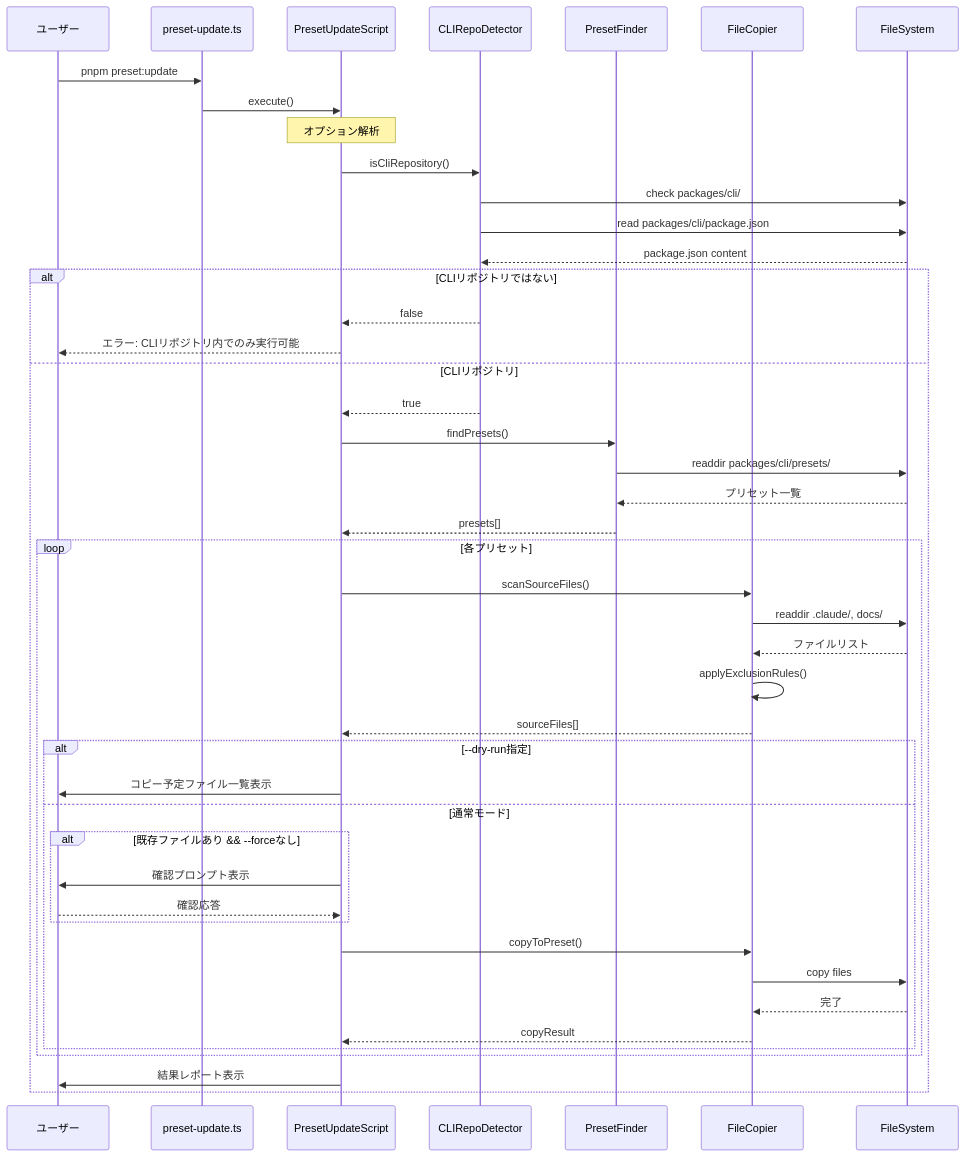
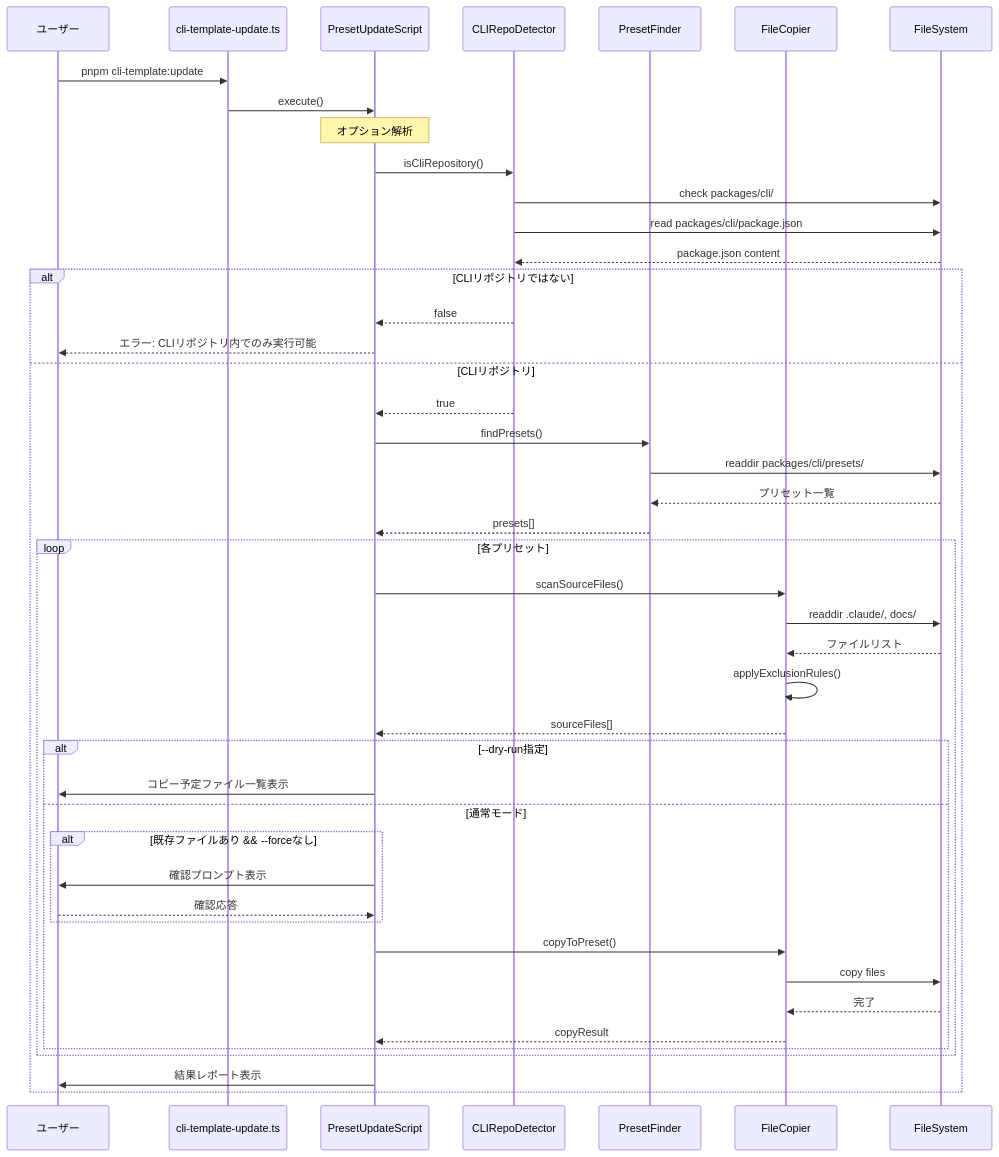
One commit to einja-inc/einja-management-template changed the third of 3 diagrams in docs/specs/issues/cli/issue21-sync-command/design/implementation.md. Above: the diagram before and after it, drawn with Mermaid. The commit also changed other lines of this file and 4 other files, not shown here.

````diff
--- a/docs/specs/issues/cli/issue21-sync-command/design/implementation.md
+++ b/docs/specs/issues/cli/issue21-sync-command/design/implementation.md
@@ -818,56 +818,56 @@
 ```mermaid
 sequenceDiagram
     participant U as ユーザー
-    participant Script as preset-update.ts
+    participant Script as cli-template-update.ts
     participant UP as PresetUpdateScript
     participant Detector as CLIRepoDetector
     participant Finder as PresetFinder
     participant Copier as FileCopier
     participant FS as FileSystem
 
-    U->>Script: pnpm preset:update
+    U->>Script: pnpm cli-template:update
     Script->>UP: execute()
 
     Note over UP: オプション解析
 
     UP->>Detector: isCliRepository()
     Detector->>FS: check packages/cli/
     Detector->>FS: read packages/cli/package.json
     FS-->>Detector: package.json content
 
     alt CLIリポジトリではない
         Detector-->>UP: false
         UP-->>U: エラー: CLIリポジトリ内でのみ実行可能
     else CLIリポジトリ
         Detector-->>UP: true
 
         UP->>Finder: findPresets()
         Finder->>FS: readdir packages/cli/presets/
         FS-->>Finder: プリセット一覧
         Finder-->>UP: presets[]
 
         loop 各プリセット
             UP->>Copier: scanSourceFiles()
             Copier->>FS: readdir .claude/, docs/
             FS-->>Copier: ファイルリスト
             Copier->>Copier: applyExclusionRules()
             Copier-->>UP: sourceFiles[]
 
             alt --dry-run指定
                 UP->>U: コピー予定ファイル一覧表示
             else 通常モード
                 alt 既存ファイルあり && --forceなし
                     UP->>U: 確認プロンプト表示
                     U-->>UP: 確認応答
                 end
 
                 UP->>Copier: copyToPreset()
                 Copier->>FS: copy files
                 FS-->>Copier: 完了
                 Copier-->>UP: copyResult
             end
         end
 
         UP->>U: 結果レポート表示
     end
 ```
````
